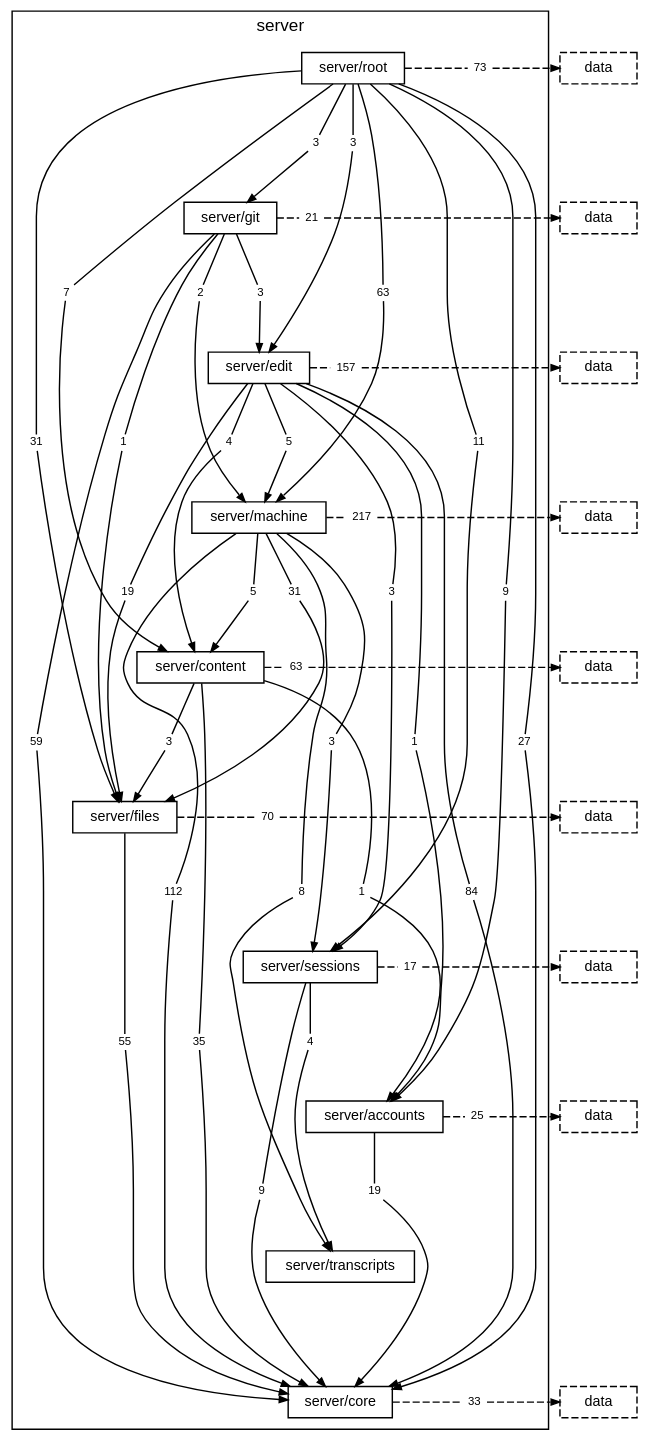
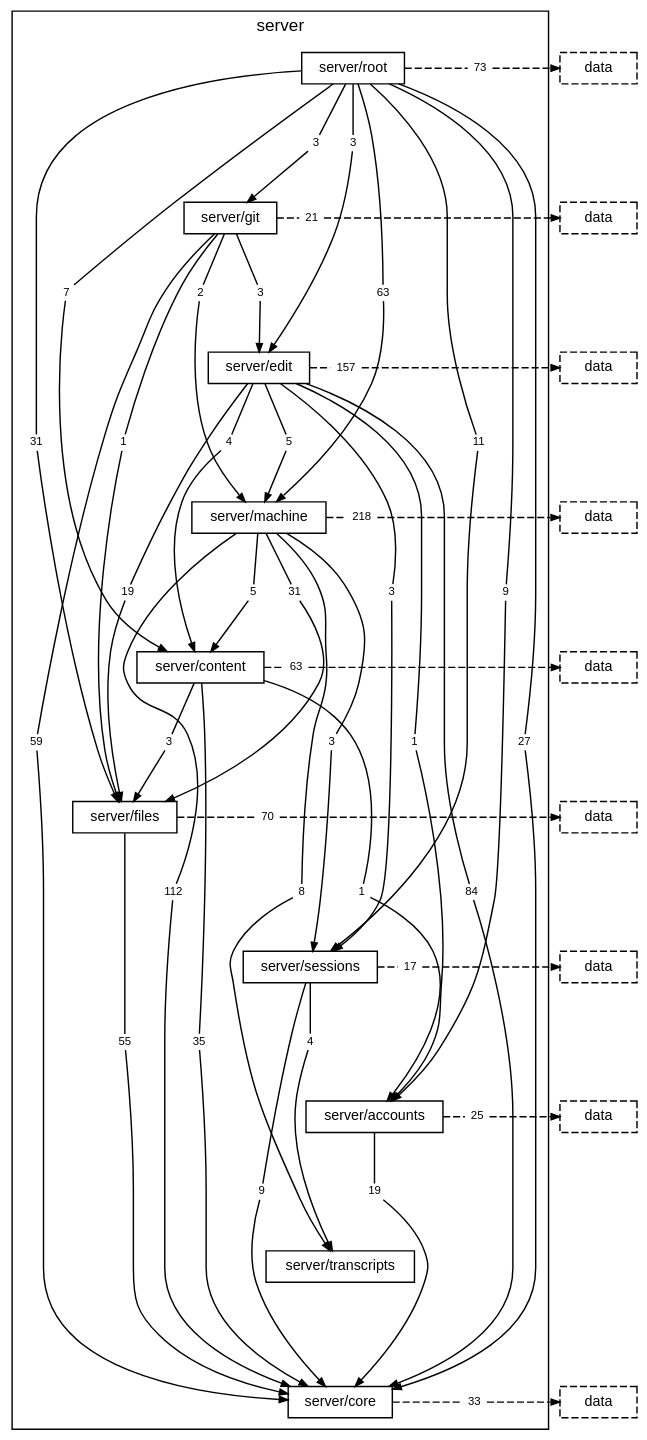
One commit to TheAxeC/oculus changed the diagram in docs/diagrams/layer-server.dot. Above: the diagram before and after it, drawn with Graphviz. The commit also changed 38 other files, not shown here.

```diff
--- a/docs/diagrams/layer-server.dot
+++ b/docs/diagrams/layer-server.dot
@@ -40,7 +40,7 @@
         "folder server/machine to folder server/files" [label="31", shape=box, color="transparent", fontsize=8, width=0, height=0, margin="0.04,0.02"];
         "folder server/machine to folder server/sessions" [label="3", shape=box, color="transparent", fontsize=8, width=0, height=0, margin="0.04,0.02"];
         "folder server/machine to folder server/transcripts" [label="8", shape=box, color="transparent", fontsize=8, width=0, height=0, margin="0.04,0.02"];
-        "folder server/machine to layer data" [label="217", shape=box, color="transparent", fontsize=8, width=0, height=0, margin="0.04,0.02"];
+        "folder server/machine to layer data" [label="218", shape=box, color="transparent", fontsize=8, width=0, height=0, margin="0.04,0.02"];
         "folder server/content to folder server/accounts" [label="1", shape=box, color="transparent", fontsize=8, width=0, height=0, margin="0.04,0.02"];
         "folder server/content to folder server/core" [label="35", shape=box, color="transparent", fontsize=8, width=0, height=0, margin="0.04,0.02"];
         "folder server/content to folder server/files" [label="3", shape=box, color="transparent", fontsize=8, width=0, height=0, margin="0.04,0.02"];
```
